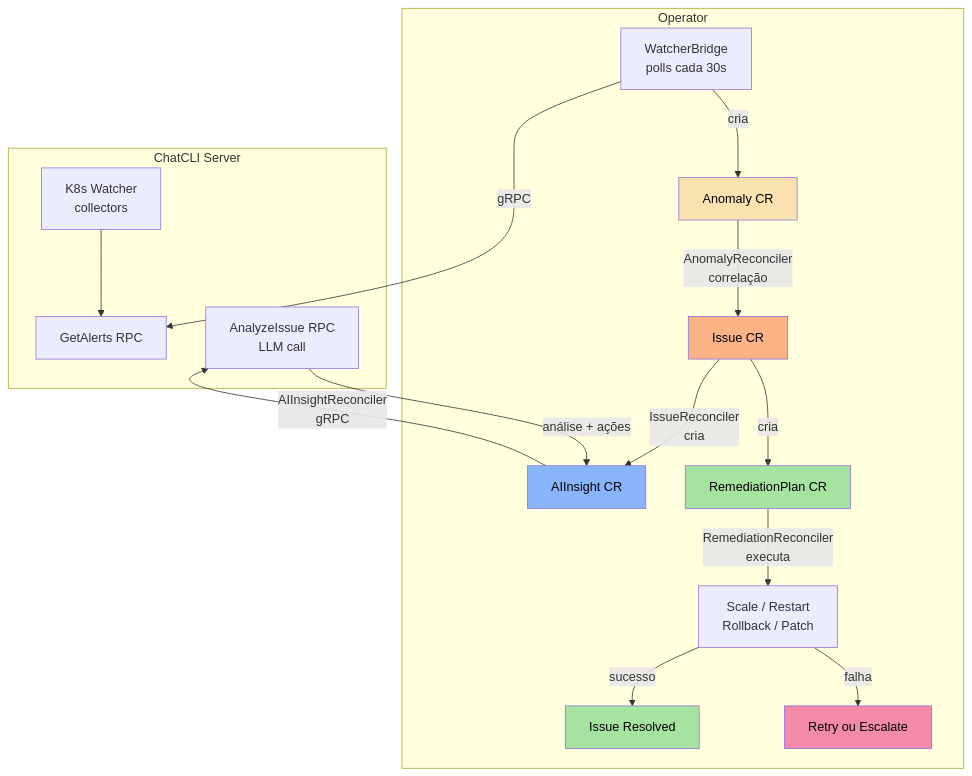
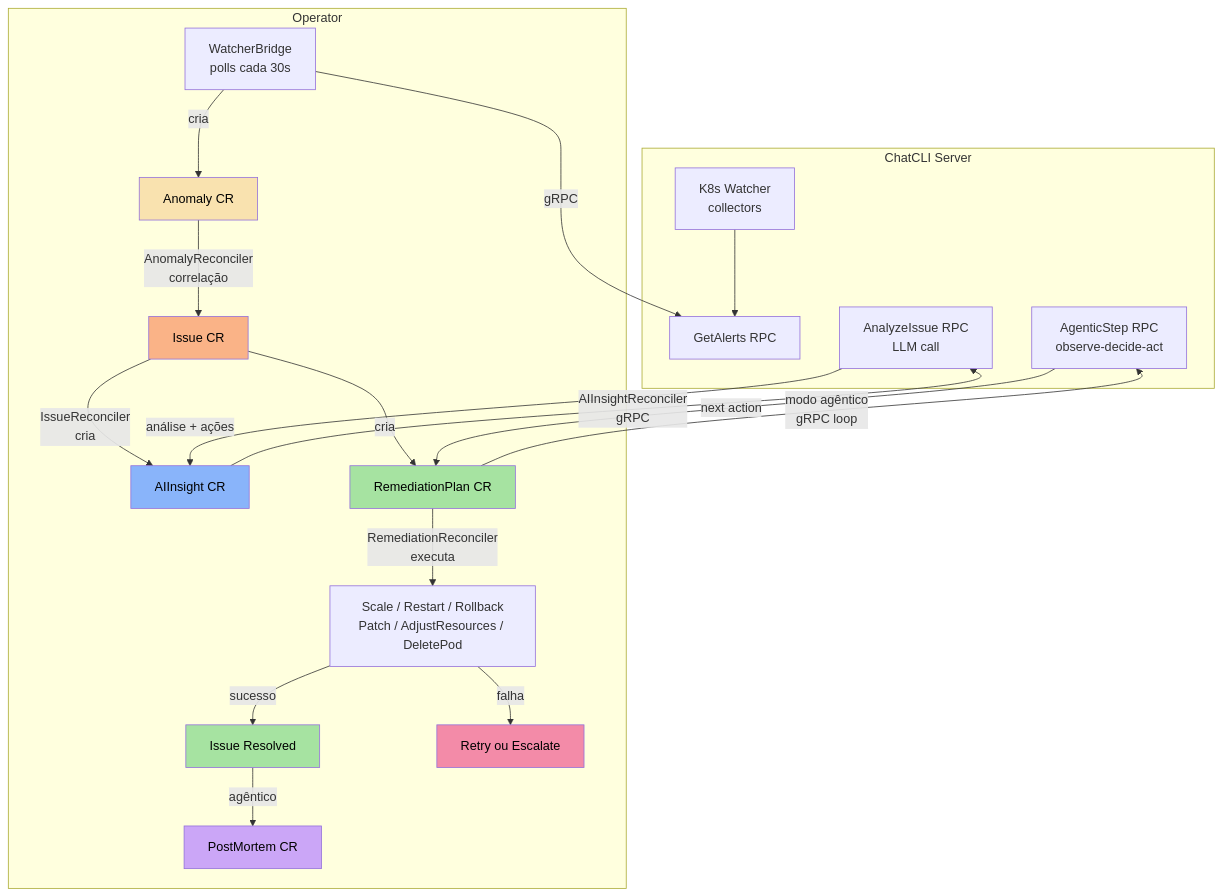
The first of 2 diagrams in ghpages/content/docs/features/k8s-operator.md (diillson/chatcli), drawn with Mermaid before and after one commit. The commit also changed other lines of this file and 24 other files, not shown here.

First line of the commit message:
feat(operator): add agentic AI remediation and PostMortem CRD

````diff
--- a/ghpages/content/docs/features/k8s-operator.md
+++ b/ghpages/content/docs/features/k8s-operator.md
@@ -53,27 +54,32 @@
 ```mermaid
 graph TD
     subgraph "ChatCLI Server"
         W[K8s Watcher<br/>collectors] --> GA[GetAlerts RPC]
         AI_RPC[AnalyzeIssue RPC<br/>LLM call]
+        AG_RPC[AgenticStep RPC<br/>observe-decide-act]
     end
 
     subgraph "Operator"
         WB[WatcherBridge<br/>polls cada 30s] -->|gRPC| GA
         WB -->|cria| ANOM[Anomaly CR]
         ANOM -->|AnomalyReconciler<br/>correlação| ISS[Issue CR]
         ISS -->|IssueReconciler<br/>cria| INSIGHT[AIInsight CR]
         INSIGHT -->|AIInsightReconciler<br/>gRPC| AI_RPC
         AI_RPC -->|análise + ações| INSIGHT
         ISS -->|cria| PLAN[RemediationPlan CR]
-        PLAN -->|RemediationReconciler<br/>executa| ACTIONS[Scale / Restart<br/>Rollback / Patch]
+        PLAN -->|RemediationReconciler<br/>executa| ACTIONS[Scale / Restart / Rollback<br/>Patch / AdjustResources / DeletePod]
+        PLAN -->|modo agêntico<br/>gRPC loop| AG_RPC
+        AG_RPC -->|next action| PLAN
         ACTIONS -->|sucesso| RESOLVED[Issue Resolved]
         ACTIONS -->|falha| RETRY[Retry ou Escalate]
+        RESOLVED -->|agêntico| PM[PostMortem CR]
     end
 
     style ANOM fill:#f9e2af,color:#000
     style ISS fill:#fab387,color:#000
     style INSIGHT fill:#89b4fa,color:#000
     style PLAN fill:#a6e3a1,color:#000
     style RESOLVED fill:#a6e3a1,color:#000
     style RETRY fill:#f38ba8,color:#000
+    style PM fill:#cba6f7,color:#000
 ```
````
